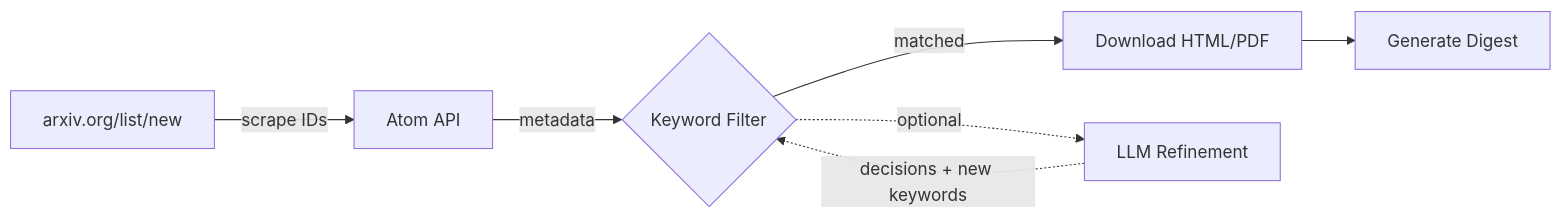
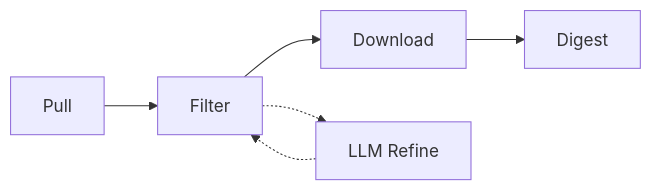
One commit to Surefire618/arxiv-brew changed the diagram in README.md. Above: the diagram before and after it, drawn with Mermaid. The commit also changed other lines of this file and 1 other file, not shown here.

Commit message:
fix: remove __main__.py, simplify README flowchart

````diff
--- a/README.md
+++ b/README.md
@@ -7,9 +7,8 @@
 ```mermaid
 flowchart LR
-    A[arxiv.org/list/new] -->|scrape IDs| B[Atom API]
-    B -->|metadata| C{Keyword Filter}
-    C -->|matched| D[Download HTML/PDF]
-    D --> E[Generate Digest]
-    C -.->|optional| F[LLM Refinement]
-    F -.->|decisions + new keywords| C
+    Pull[Pull] --> Filter[Filter]
+    Filter --> Download[Download]
+    Download --> Digest[Digest]
+    Filter -.-> Refine[LLM Refine]
+    Refine -.-> Filter
 ```
````
